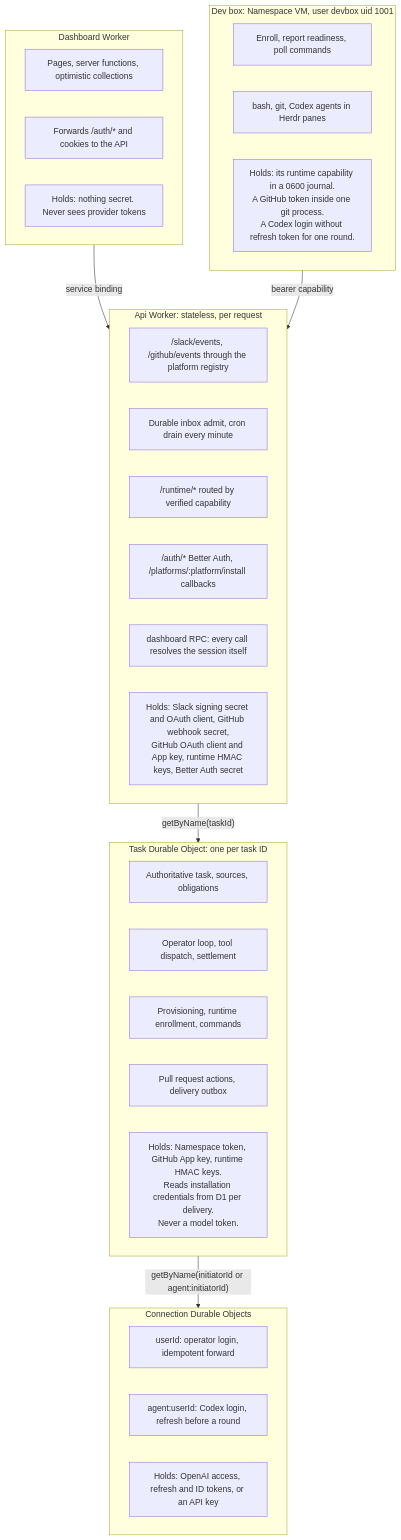
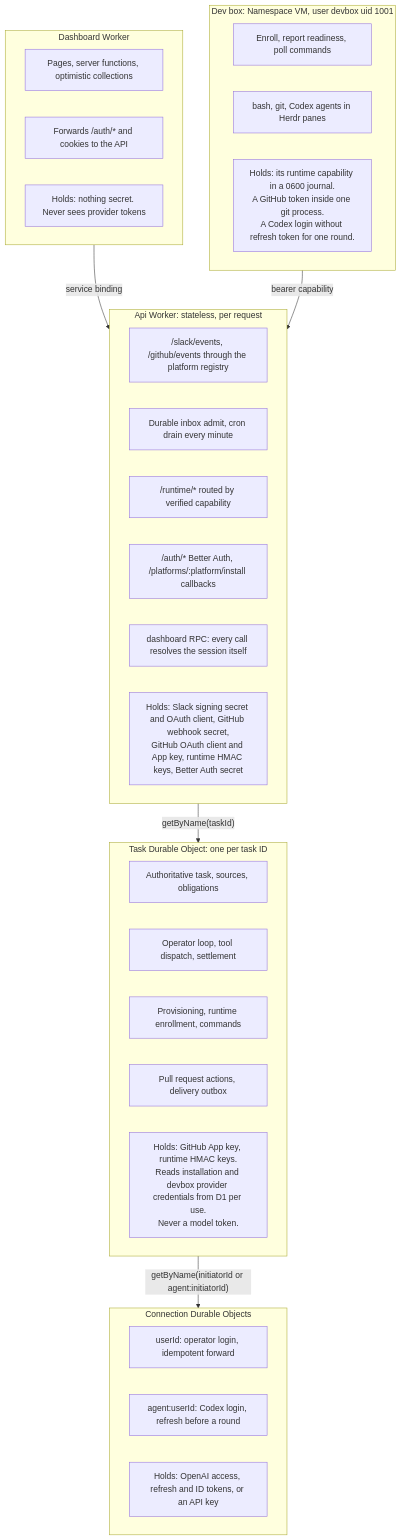
The third of 24 diagrams in docs/architecture/system.md (utopyin/notus), drawn with Mermaid before and after one commit. The commit also changed 30 other files, not shown here.

````diff
--- a/docs/architecture/system.md
+++ b/docs/architecture/system.md
@@ -164,38 +164,38 @@
 ```mermaid
 flowchart TB
   subgraph dash["Dashboard Worker"]
     d1n["Pages, server functions, optimistic collections"]
     d2n["Forwards /auth/* and cookies to the API"]
     dsn["Holds: nothing secret. Never sees provider tokens"]
   end
   subgraph worker["Api Worker: stateless, per request"]
     w1["/slack/events, /github/events through the platform registry"]
     w2["Durable inbox admit, cron drain every minute"]
     w3["/runtime/* routed by verified capability"]
     w4["/auth/* Better Auth, /platforms/:platform/install callbacks"]
     w5["dashboard RPC: every call resolves the session itself"]
     wsn["Holds: Slack signing secret and OAuth client, GitHub webhook secret,<br/>GitHub OAuth client and App key, runtime HMAC keys, Better Auth secret"]
   end
   subgraph taskdo["Task Durable Object: one per task ID"]
     t1["Authoritative task, sources, obligations"]
     t2["Operator loop, tool dispatch, settlement"]
     t3["Provisioning, runtime enrollment, commands"]
     t4["Pull request actions, delivery outbox"]
-    tsn["Holds: Namespace token, GitHub App key, runtime HMAC keys.<br/>Reads installation credentials from D1 per delivery.<br/>Never a model token."]
+    tsn["Holds: GitHub App key, runtime HMAC keys.<br/>Reads installation and devbox provider credentials from D1 per use.<br/>Never a model token."]
   end
   subgraph conndo["Connection Durable Objects"]
     c1["userId: operator login, idempotent forward"]
     c2["agent:userId: Codex login, refresh before a round"]
     csn["Holds: OpenAI access, refresh and ID tokens, or an API key"]
   end
   subgraph box["Dev box: Namespace VM, user devbox uid 1001"]
     b1["Enroll, report readiness, poll commands"]
     b2["bash, git, Codex agents in Herdr panes"]
     bsn["Holds: its runtime capability in a 0600 journal.<br/>A GitHub token inside one git process.<br/>A Codex login without refresh token for one round."]
   end
 
   dash -->|"service binding"| worker
   worker -->|"getByName(taskId)"| taskdo
   taskdo -->|"getByName(initiatorId or agent:initiatorId)"| conndo
   box -->|"bearer capability"| worker
 ```
````
